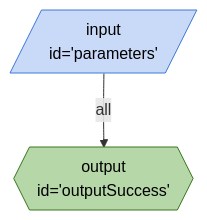
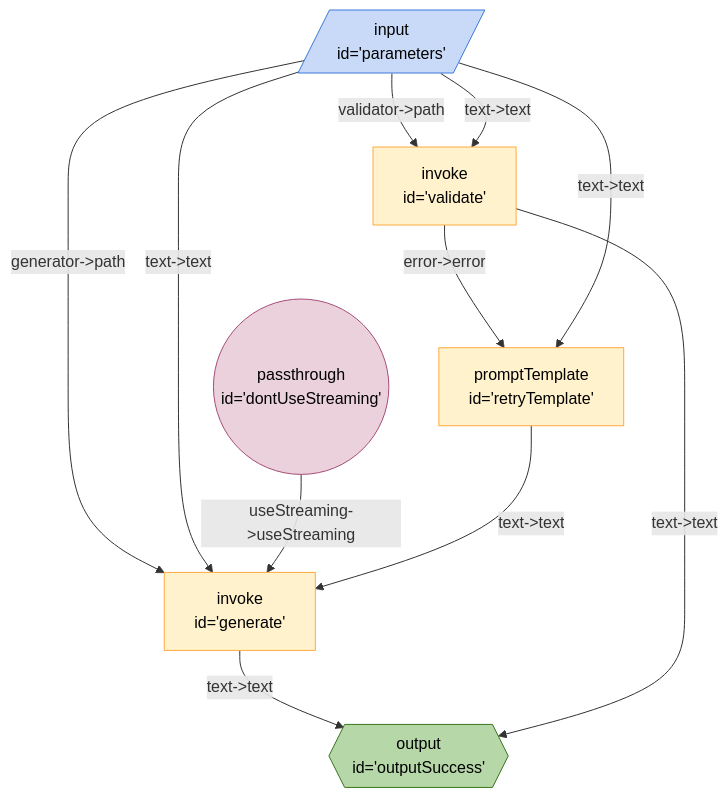
Before and after one commit to breadboard-ai/breadboard: the diagram in seeds/breadboard-web/docs/graphs/healer.md, drawn with Mermaid. The commit also changed 6 other files, not shown here.

````diff
--- a/seeds/breadboard-web/docs/graphs/healer.md
+++ b/seeds/breadboard-web/docs/graphs/healer.md
@@ -3,13 +3,22 @@
 ```mermaid
 %%{init: 'themeVariables': { 'fontFamily': 'Fira Code, monospace' }}%%
 graph TD;
-parameters[/"input <br> id='parameters'"/]:::input -- all --> outputSuccess{{"output <br> id='outputSuccess'"}}:::output
+parameters[/"input <br> id='parameters'"/]:::input -- "validator->path" --> validate["invoke <br> id='validate'"]
+parameters[/"input <br> id='parameters'"/]:::input -- "text->text" --> validate["invoke <br> id='validate'"]
+parameters[/"input <br> id='parameters'"/]:::input -- "generator->path" --> generate["invoke <br> id='generate'"]
+parameters[/"input <br> id='parameters'"/]:::input -- "text->text" --> generate["invoke <br> id='generate'"]
+dontUseStreaming(("passthrough <br> id='dontUseStreaming'")):::passthrough -- "useStreaming->useStreaming" --> generate["invoke <br> id='generate'"]
+validate["invoke <br> id='validate'"] -- "error->error" --> retryTemplate["promptTemplate <br> id='retryTemplate'"]
+parameters[/"input <br> id='parameters'"/]:::input -- "text->text" --> retryTemplate["promptTemplate <br> id='retryTemplate'"]
+retryTemplate["promptTemplate <br> id='retryTemplate'"] -- "text->text" --> generate["invoke <br> id='generate'"]
+generate["invoke <br> id='generate'"] -- "text->text" --> outputSuccess{{"output <br> id='outputSuccess'"}}:::output
+validate["invoke <br> id='validate'"] -- "text->text" --> outputSuccess{{"output <br> id='outputSuccess'"}}:::output
 classDef default stroke:#ffab40,fill:#fff2ccff,color:#000
 classDef input stroke:#3c78d8,fill:#c9daf8ff,color:#000
 classDef output stroke:#38761d,fill:#b6d7a8ff,color:#000
 classDef passthrough stroke:#a64d79,fill:#ead1dcff,color:#000
 classDef slot stroke:#a64d79,fill:#ead1dcff,color:#000
 classDef config stroke:#a64d79,fill:#ead1dcff,color:#000
 classDef secrets stroke:#db4437,fill:#f4cccc,color:#000
 classDef slotted stroke:#a64d79
 ```
````
